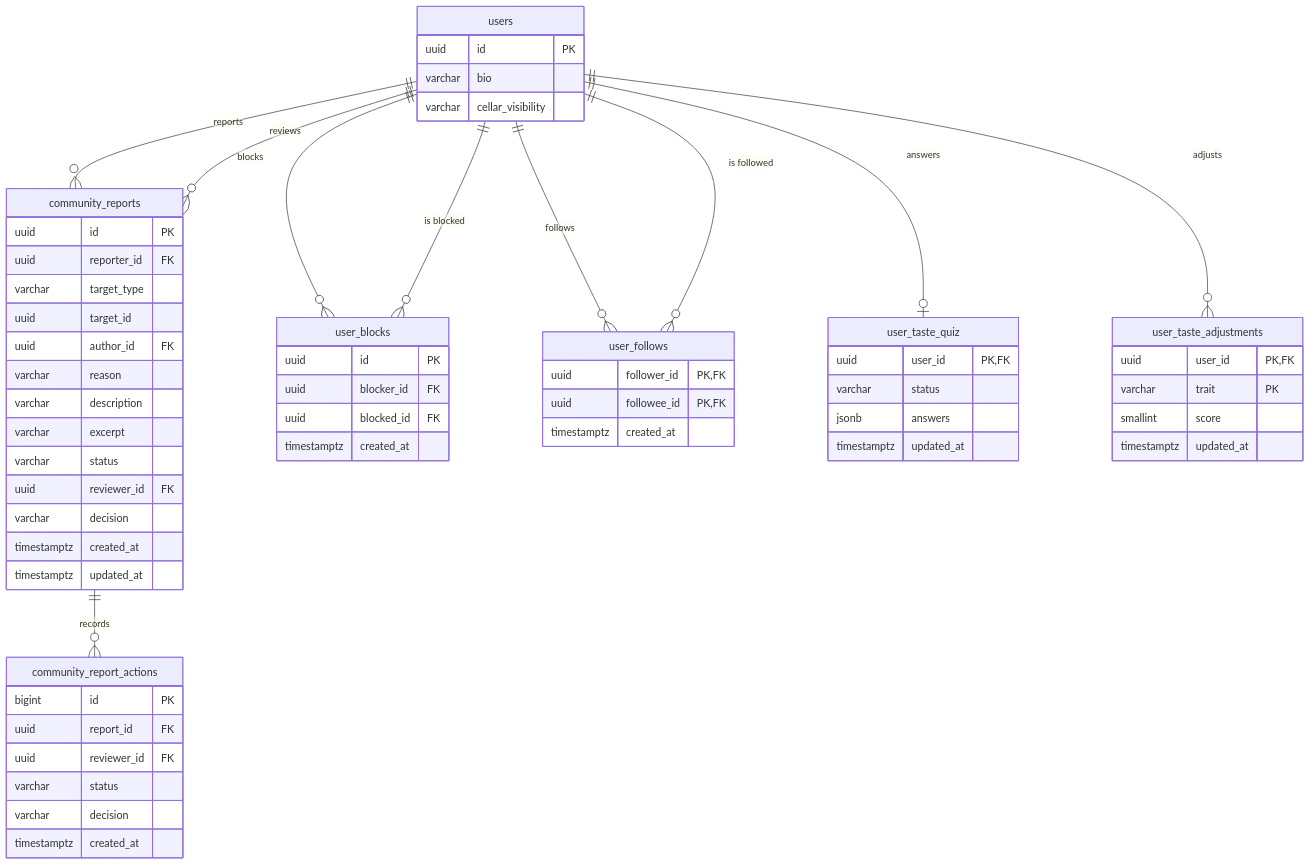
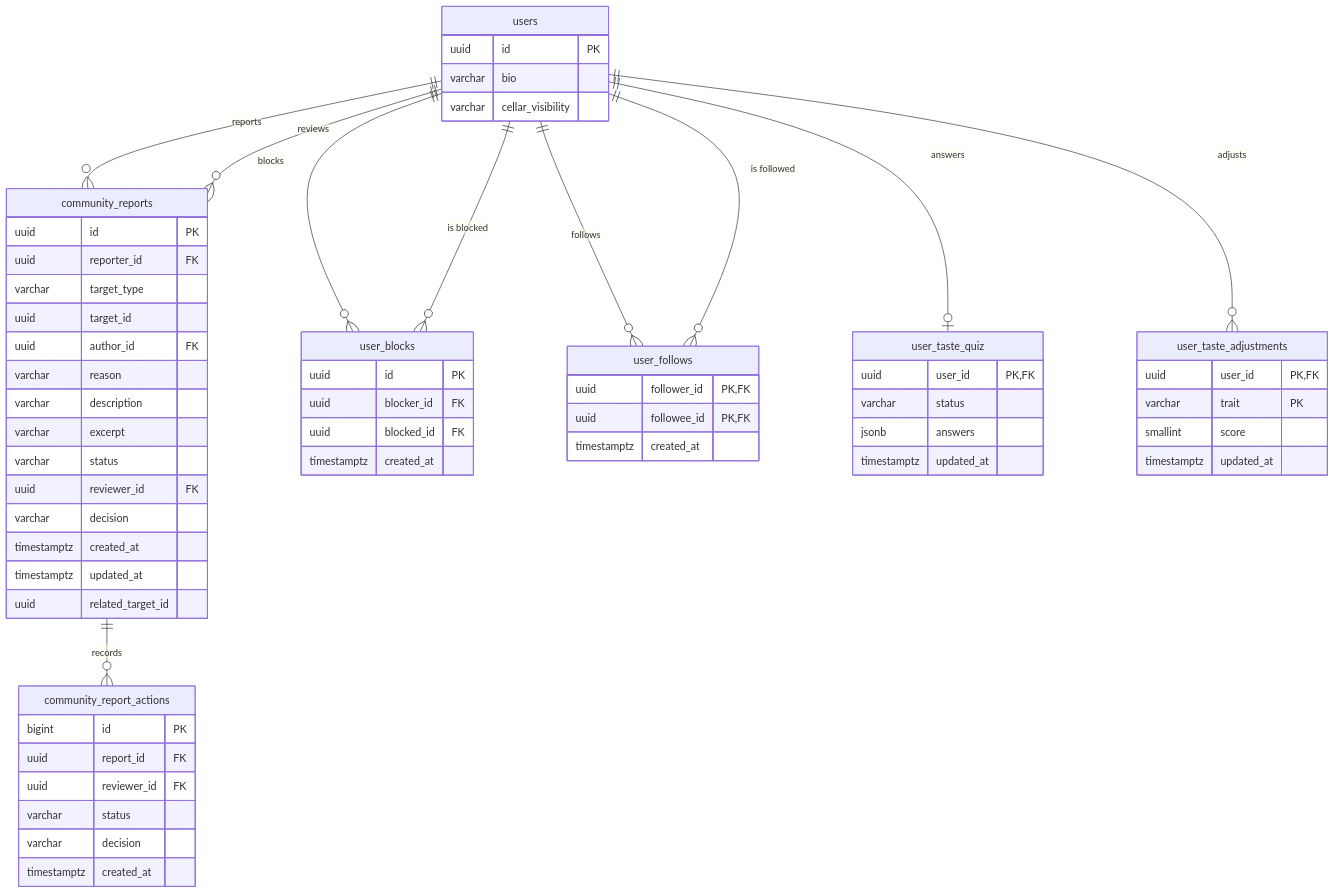
Before and after one commit to Bielaszczuk/vinnot-demo: the second of 2 diagrams in docs/en/modules/community/README.md, drawn with Mermaid. The commit also changed other lines of this file and 218 other files, not shown here.

````diff
--- a/docs/en/modules/community/README.md
+++ b/docs/en/modules/community/README.md
@@ -73,63 +75,64 @@
 ```mermaid
 erDiagram
     users ||--o{ community_reports : reports
     users ||--o{ community_reports : reviews
     community_reports ||--o{ community_report_actions : records
     users ||--o{ user_blocks : blocks
     users ||--o{ user_blocks : "is blocked"
     users ||--o{ user_follows : follows
     users ||--o{ user_follows : "is followed"
     users ||--o| user_taste_quiz : answers
     users ||--o{ user_taste_adjustments : adjusts
     users {
         uuid id PK
         varchar bio
         varchar cellar_visibility
     }
     community_reports {
         uuid id PK
         uuid reporter_id FK
         varchar target_type
         uuid target_id
         uuid author_id FK
         varchar reason
         varchar description
         varchar excerpt
         varchar status
         uuid reviewer_id FK
         varchar decision
         timestamptz created_at
         timestamptz updated_at
+        uuid related_target_id
     }
     community_report_actions {
         bigint id PK
         uuid report_id FK
         uuid reviewer_id FK
         varchar status
         varchar decision
         timestamptz created_at
     }
     user_blocks {
         uuid id PK
         uuid blocker_id FK
         uuid blocked_id FK
         timestamptz created_at
     }
     user_follows {
         uuid follower_id PK,FK
         uuid followee_id PK,FK
         timestamptz created_at
     }
     user_taste_quiz {
         uuid user_id PK,FK
         varchar status
         jsonb answers
         timestamptz updated_at
     }
     user_taste_adjustments {
         uuid user_id PK,FK
         varchar trait PK
         smallint score
         timestamptz updated_at
     }
 ```
````
